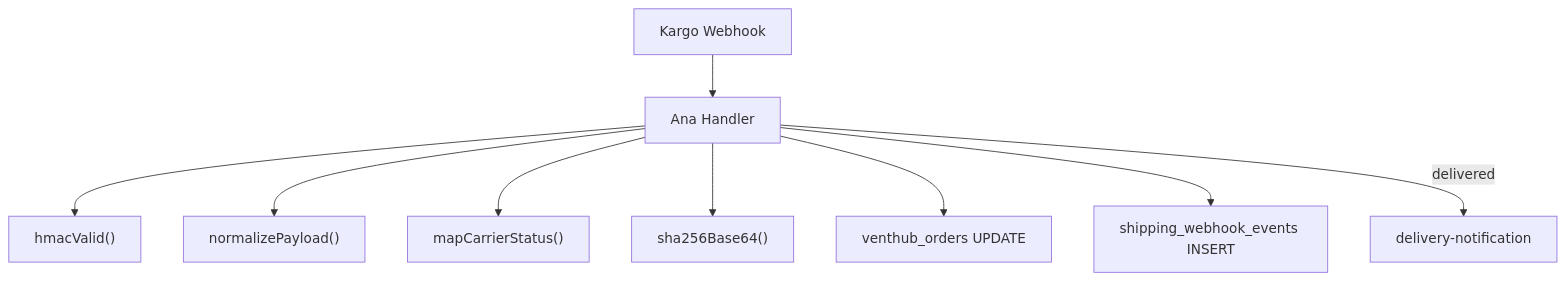
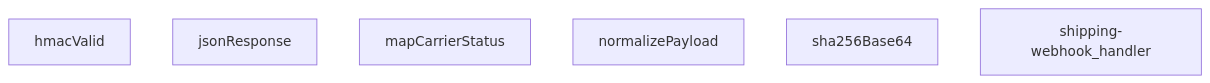
Before and after one commit to peckop/venthub-hvac-esite: the diagram in supabase/functions/shipping-webhook/index.md, drawn with Mermaid. The commit also changed other lines of this file and 34 other files, not shown here.

````diff
--- a/supabase/functions/shipping-webhook/index.md
+++ b/supabase/functions/shipping-webhook/index.md
@@ -83,11 +148,9 @@
 ```mermaid
 graph TD
-    webhook["Kargo Webhook"] --> handler["Ana Handler"]
-    handler --> hmacValid["hmacValid()"]
-    handler --> normalizePayload["normalizePayload()"]
-    handler --> mapCarrierStatus["mapCarrierStatus()"]
-    handler --> sha256Base64["sha256Base64()"]
-    handler --> db["venthub_orders UPDATE"]
-    handler --> audit["shipping_webhook_events INSERT"]
-    handler -->|delivered| notify["delivery-notification"]
+    index_ts__hmacValid["hmacValid"]
+    index_ts__jsonResponse["jsonResponse"]
+    index_ts__mapCarrierStatus["mapCarrierStatus"]
+    index_ts__normalizePayload["normalizePayload"]
+    index_ts__sha256Base64["sha256Base64"]
+    index_ts__shipping-webhook_handler["shipping-webhook_handler"]
 ```
````
